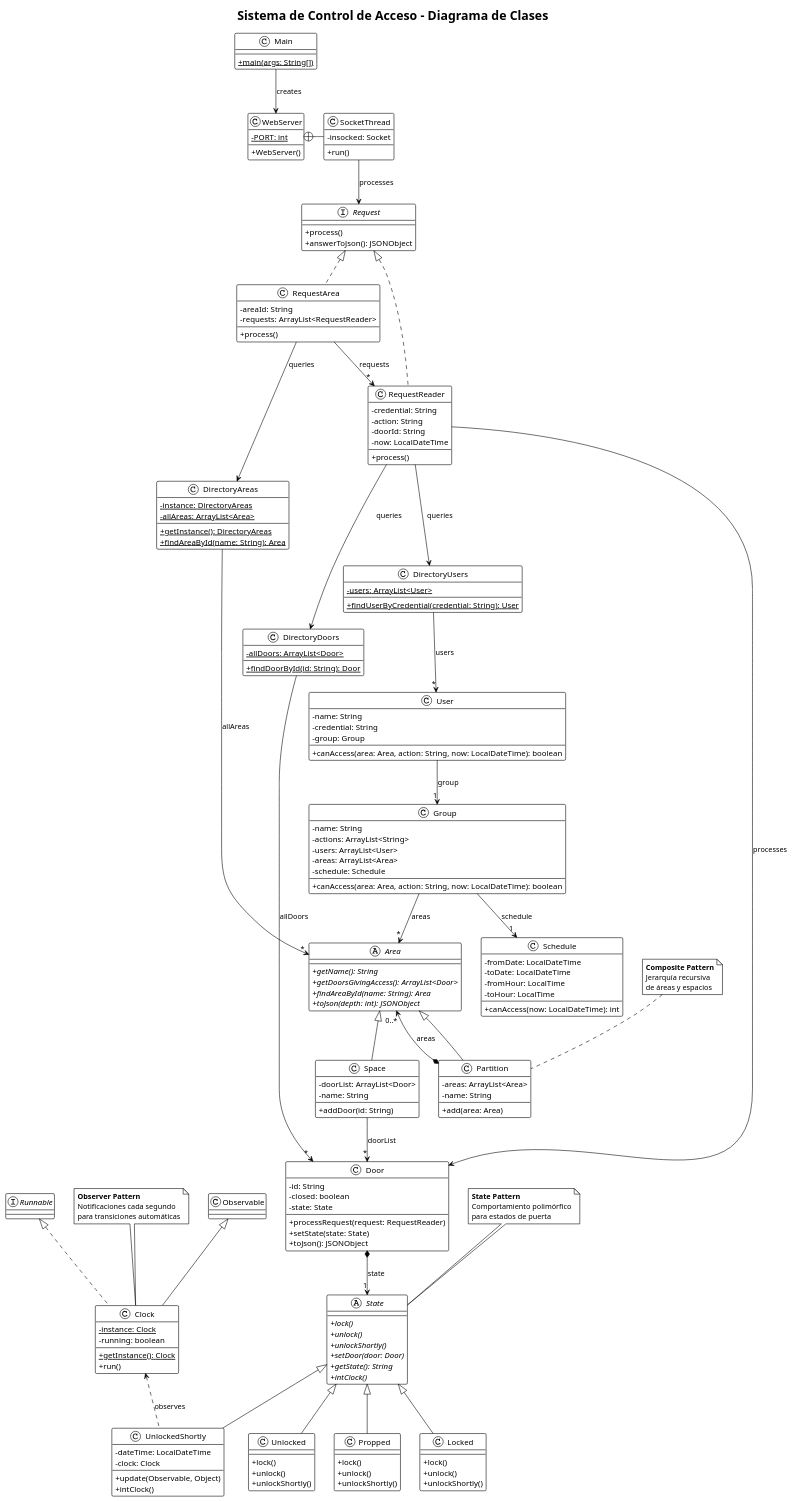
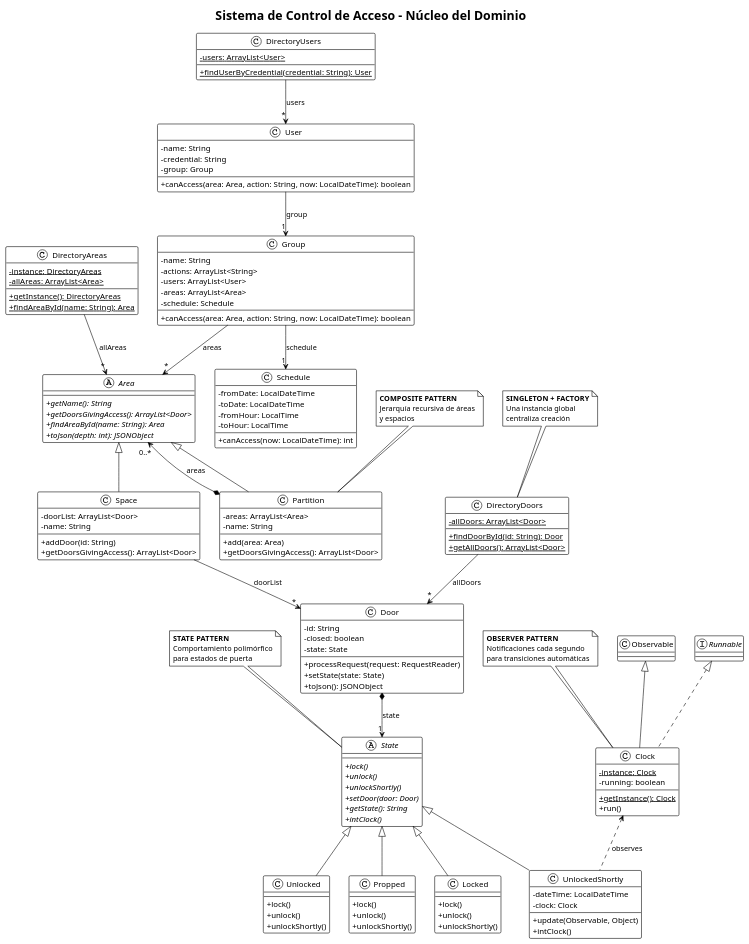
The diagram in src/baseNoStates/uml/base_no_states.puml (Mura894/acs_students_grup41), drawn with PlantUML before and after one commit. The commit also changed 1 other file, not shown here.

Commit message:
Arreglado UML

```diff
--- a/src/baseNoStates/uml/base_no_states.puml
+++ b/src/baseNoStates/uml/base_no_states.puml
@@ -1,26 +1,9 @@
 @startuml
 !theme plain
 skinparam classAttributeIconSize 0
-title Sistema de Control de Acceso - Diagrama de Clases
+title Sistema de Control de Acceso - Núcleo del Dominio
 
-' === NÚCLEO DEL SISTEMA ===
-class Main {
-  + {static} main(args: String[])
-}
-
-class WebServer {
-  - {static} PORT: int
-  + WebServer()
-}
-
-class SocketThread {
-  - insocked: Socket
-  + run()
-}
-
-WebServer +-right- SocketThread
-
-' === SISTEMA DE PUERTAS Y ESTADOS ===
+' === SISTEMA DE PUERTAS Y ESTADOS (STATE PATTERN) ===
 class Door {
   - id: String
   - closed: boolean
@@ -70,7 +53,7 @@
 State <|-- UnlockedShortly
 State <|-- Propped
 
-' === SISTEMA DE ÁREAS (COMPOSITE) ===
+' === SISTEMA DE ÁREAS (COMPOSITE PATTERN) ===
 abstract class Area {
   + {abstract} getName(): String
   + {abstract} getDoorsGivingAccess(): ArrayList<Door>
@@ -82,27 +65,20 @@
   - doorList: ArrayList<Door>
   - name: String
   + addDoor(id: String)
+  + getDoorsGivingAccess(): ArrayList<Door>
 }
 
 class Partition extends Area {
   - areas: ArrayList<Area>
   - name: String
   + add(area: Area)
+  + getDoorsGivingAccess(): ArrayList<Door>
 }
 
 Partition *--> "0..*" Area : areas
-
-class DirectoryAreas {
-  - {static} instance: DirectoryAreas
-  - {static} allAreas: ArrayList<Area>
-  + {static} getInstance(): DirectoryAreas
-  + {static} findAreaById(name: String): Area
-}
-
-DirectoryAreas --> "*" Area : allAreas
 Space --> "*" Door : doorList
 
-' === SISTEMA DE USUARIOS Y PERMISOS ===
+' === SISTEMA DE USUARIOS Y PERMISOS (RBAC) ===
 class User {
   - name: String
   - credential: String
@@ -131,36 +107,7 @@
 Group --> "1" Schedule : schedule
 Group --> "*" Area : areas
 
-class DirectoryUsers {
-  - {static} users: ArrayList<User>
-  + {static} findUserByCredential(credential: String): User
-}
-
-DirectoryUsers --> "*" User : users
-
-' === SISTEMA DE REQUESTS ===
-interface Request {
-  + process()
-  + answerToJson(): JSONObject
-}
-
-class RequestReader implements Request {
-  - credential: String
-  - action: String
-  - doorId: String
-  - now: LocalDateTime
-  + process()
-}
-
-class RequestArea implements Request {
-  - areaId: String
-  - requests: ArrayList<RequestReader>
-  + process()
-}
-
-RequestArea --> "*" RequestReader : requests
-
-' === SISTEMA DE TIEMPO ===
+' === SISTEMA DE TIEMPO (OBSERVER PATTERN) ===
 class Clock extends Observable implements Runnable {
   - {static} instance: Clock
   - running: boolean
@@ -170,39 +117,52 @@
 
 UnlockedShortly .up.> Clock : observes
 
-' === DIRECTORIO DE PUERTAS ===
+' === DIRECTORIOS (SINGLETON + FACTORY) ===
 class DirectoryDoors {
   - {static} allDoors: ArrayList<Door>
   + {static} findDoorById(id: String): Door
+  + {static} getAllDoors(): ArrayList<Door>
+}
+
+class DirectoryUsers {
+  - {static} users: ArrayList<User>
+  + {static} findUserByCredential(credential: String): User
+}
+
+class DirectoryAreas {
+  - {static} instance: DirectoryAreas
+  - {static} allAreas: ArrayList<Area>
+  + {static} getInstance(): DirectoryAreas
+  + {static} findAreaById(name: String): Area
 }
 
 DirectoryDoors --> "*" Door : allDoors
-
-' === RELACIONES PRINCIPALES ===
-Main --> WebServer : creates
-SocketThread --> Request : processes
-RequestReader --> DirectoryUsers : queries
-RequestReader --> DirectoryDoors : queries
-RequestReader --> Door : processes
-RequestArea --> DirectoryAreas : queries
+DirectoryUsers --> "*" User : users
+DirectoryAreas --> "*" Area : allAreas
 
 ' === NOTAS EXPLICATIVAS ===
 note top of State
-<b>State Pattern</b>
+<b>STATE PATTERN</b>
 Comportamiento polimórfico
 para estados de puerta
 end note
 
 note top of Partition
-<b>Composite Pattern</b>
-Jerarquía recursiva
-de áreas y espacios
+<b>COMPOSITE PATTERN</b>
+Jerarquía recursiva de áreas
+y espacios
 end note
 
 note top of Clock
-<b>Observer Pattern</b>
+<b>OBSERVER PATTERN</b>
 Notificaciones cada segundo
 para transiciones automáticas
 end note
 
+note top of DirectoryDoors
+<b>SINGLETON + FACTORY</b>
+Una instancia global
+centraliza creación
+end note
+
 @enduml
```
